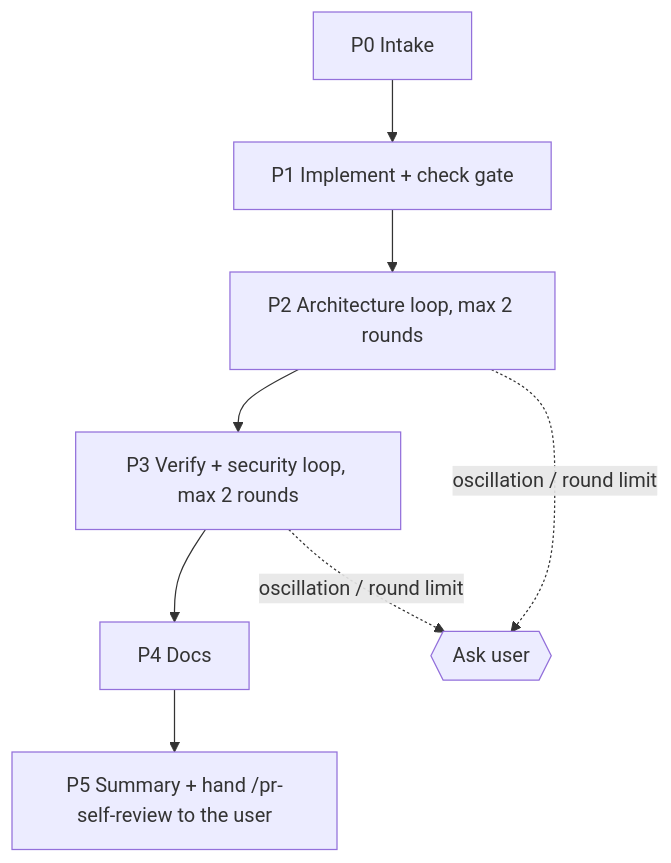
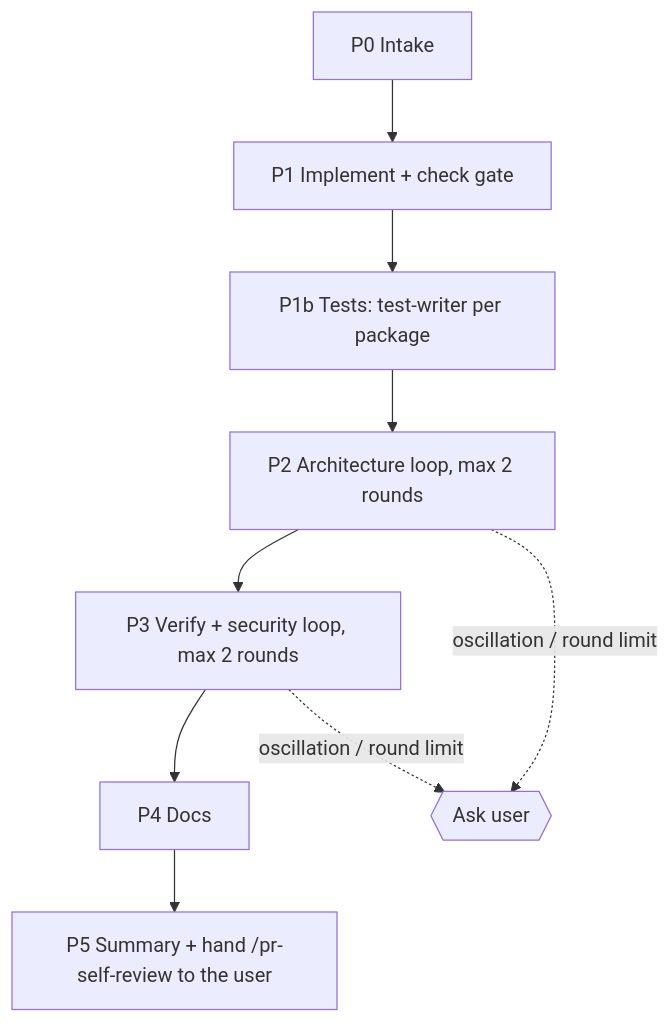
Before and after one commit to svetayefremova/dev-digest: the diagram in .claude/skills/run-plan/SKILL.md, drawn with Mermaid. The commit also changed other lines of this file and 13 other files, not shown here.

First line of the commit message:
chore(sdd): enable test-writer in /run-plan and harden agent definitions

````diff
--- a/.claude/skills/run-plan/SKILL.md
+++ b/.claude/skills/run-plan/SKILL.md
@@ -14,10 +14,11 @@
 ```mermaid
 flowchart TD
   P0[P0 Intake] --> P1[P1 Implement + check gate]
-  P1 --> P2[P2 Architecture loop, max 2 rounds]
+  P1 --> P1b[P1b Tests: test-writer per package]
+  P1b --> P2[P2 Architecture loop, max 2 rounds]
   P2 --> P3[P3 Verify + security loop, max 2 rounds]
   P3 --> P4[P4 Docs]
   P4 --> P5[P5 Summary + hand /pr-self-review to the user]
   P2 -. oscillation / round limit .-> U{{Ask user}}
   P3 -. oscillation / round limit .-> U
 ```
````
